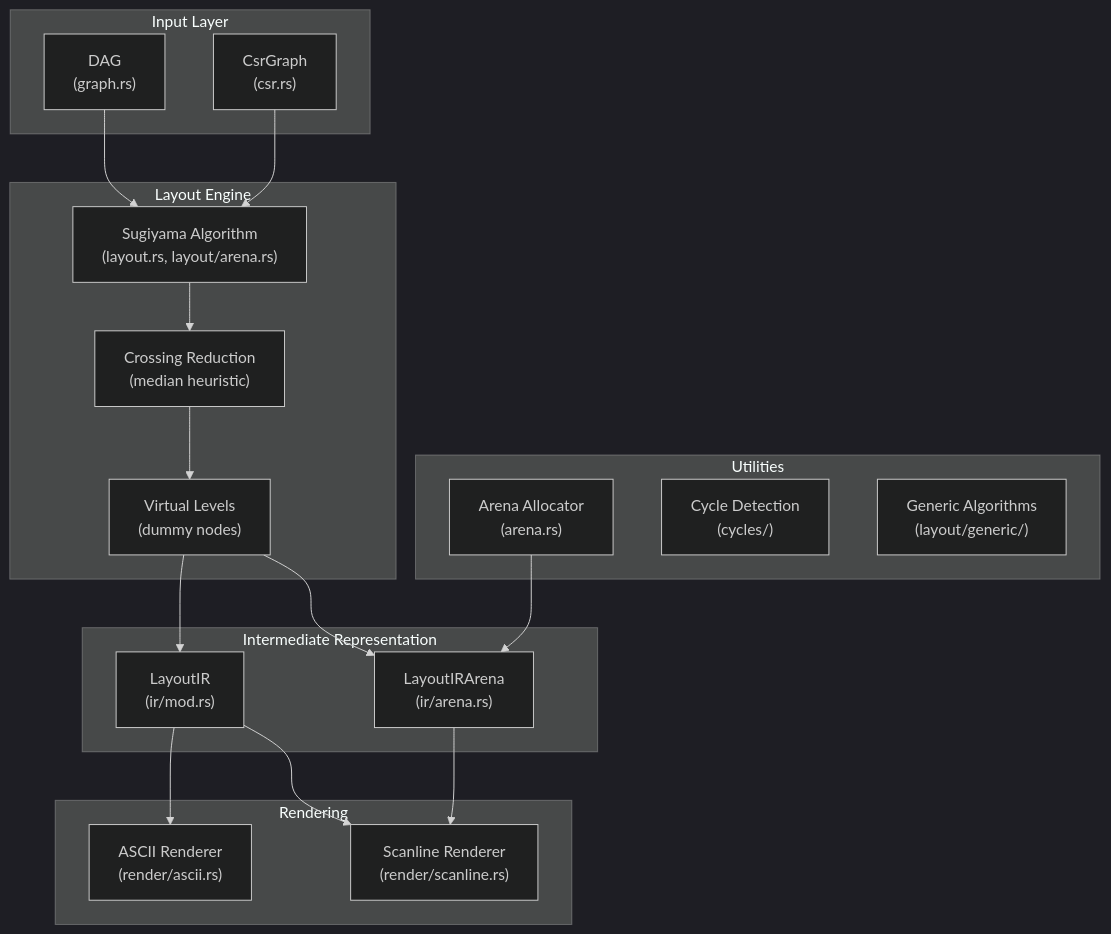
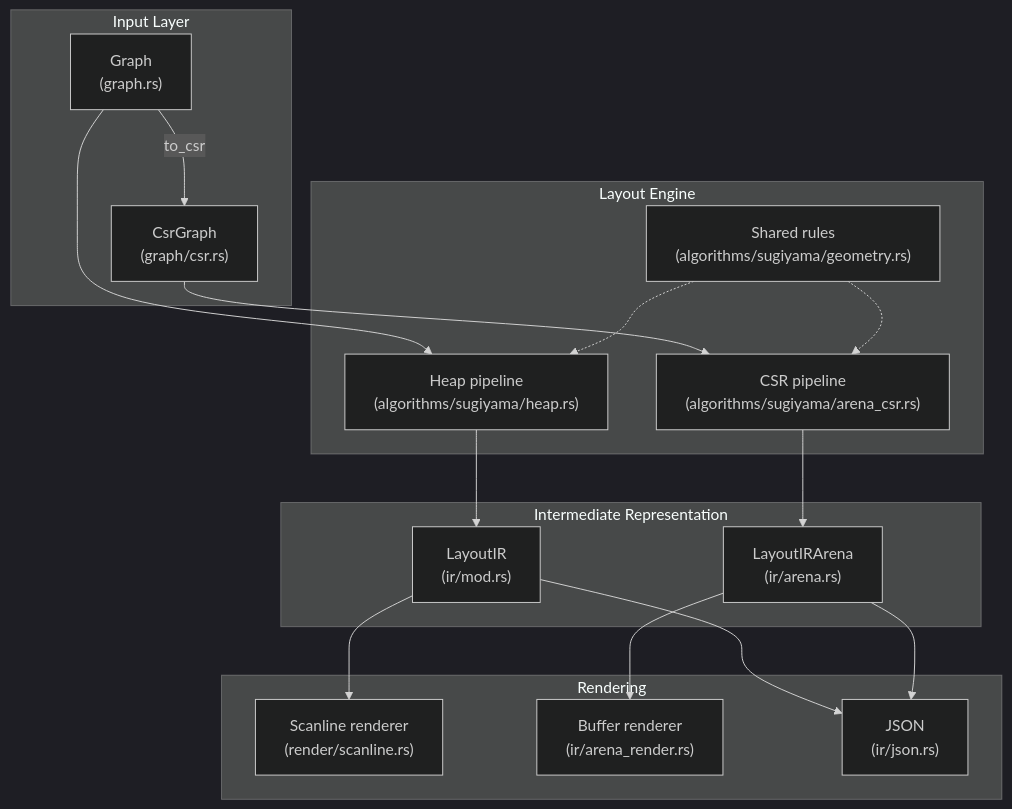
One commit to AshutoshMahala/ascii-dag changed the diagram in ARCHITECTURE.md. Above: the diagram before and after it, drawn with Mermaid (dark theme). The commit also changed other lines of this file and 2 other files, not shown here.

````diff
--- a/ARCHITECTURE.md
+++ b/ARCHITECTURE.md
@@ -7,40 +7,36 @@
 ```mermaid
 graph TD
     subgraph Input["Input Layer"]
-        DAG["DAG<br/>(graph.rs)"]
-        CSR["CsrGraph<br/>(csr.rs)"]
+        GraphT["Graph<br/>(graph.rs)"]
+        CSR["CsrGraph<br/>(graph/csr.rs)"]
     end
-    
+
     subgraph Layout["Layout Engine"]
-        Sugiyama["Sugiyama Algorithm<br/>(layout.rs, layout/arena.rs)"]
-        Crossing["Crossing Reduction<br/>(median heuristic)"]
-        Virtual["Virtual Levels<br/>(dummy nodes)"]
+        Heap["Heap pipeline<br/>(algorithms/sugiyama/heap.rs)"]
+        ArenaCsr["CSR pipeline<br/>(algorithms/sugiyama/arena_csr.rs)"]
+        Shared["Shared rules<br/>(algorithms/sugiyama/geometry.rs)"]
     end
-    
+
     subgraph IR["Intermediate Representation"]
         LayoutIR["LayoutIR<br/>(ir/mod.rs)"]
         ArenaIR["LayoutIRArena<br/>(ir/arena.rs)"]
     end
-    
+
     subgraph Render["Rendering"]
-        ASCII["ASCII Renderer<br/>(render/ascii.rs)"]
-        Scanline["Scanline Renderer<br/>(render/scanline.rs)"]
+        Scanline["Scanline renderer<br/>(render/scanline.rs)"]
+        BufRender["Buffer renderer<br/>(ir/arena_render.rs)"]
+        Json["JSON<br/>(ir/json.rs)"]
     end
-    
-    subgraph Utils["Utilities"]
-        Arena["Arena Allocator<br/>(arena.rs)"]
-        Cycles["Cycle Detection<br/>(cycles/)"]
-        Generic["Generic Algorithms<br/>(layout/generic/)"]
-    end
-    
-    DAG --> Sugiyama
-    CSR --> Sugiyama
-    Sugiyama --> Crossing
-    Crossing --> Virtual
-    Virtual --> LayoutIR
-    Virtual --> ArenaIR
-    LayoutIR --> ASCII
+
+    GraphT --> Heap
+    GraphT -->|to_csr| CSR
+    CSR --> ArenaCsr
+    Shared -.-> Heap
+    Shared -.-> ArenaCsr
+    Heap --> LayoutIR
+    ArenaCsr --> ArenaIR
     LayoutIR --> Scanline
-    ArenaIR --> Scanline
-    Arena --> ArenaIR
+    LayoutIR --> Json
+    ArenaIR --> BufRender
+    ArenaIR --> Json
 ```
````
